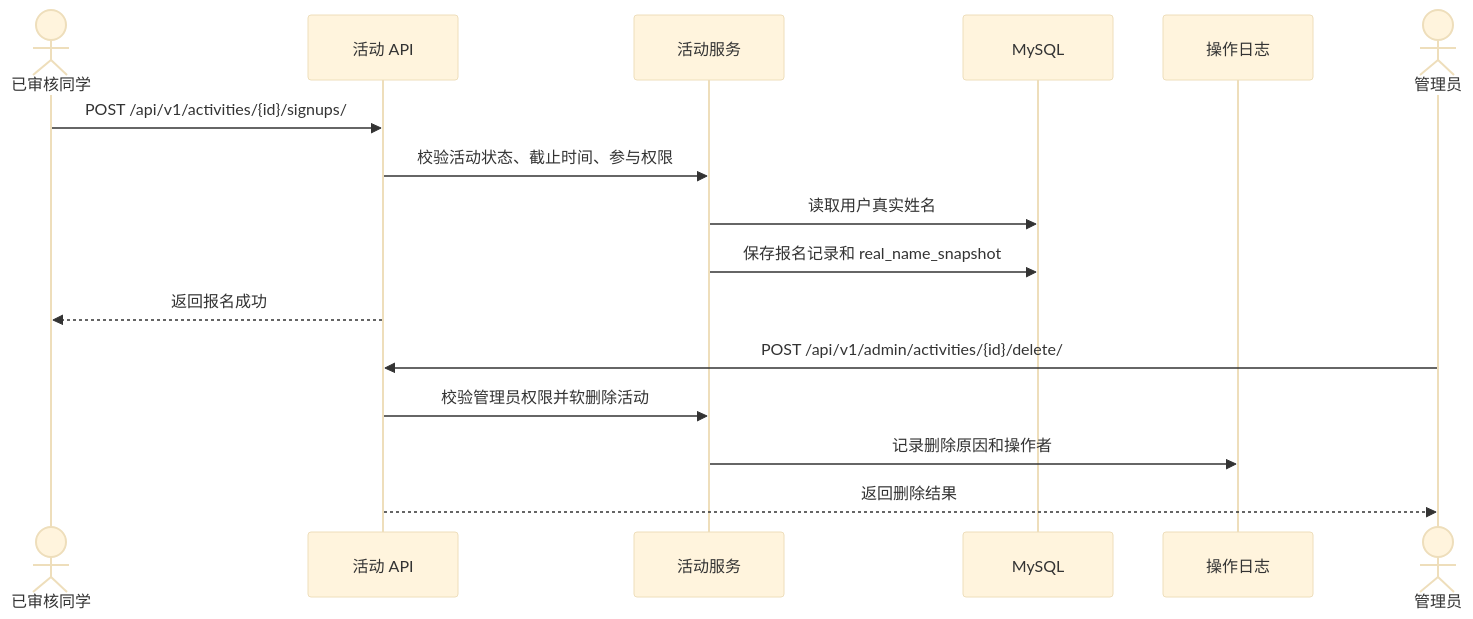
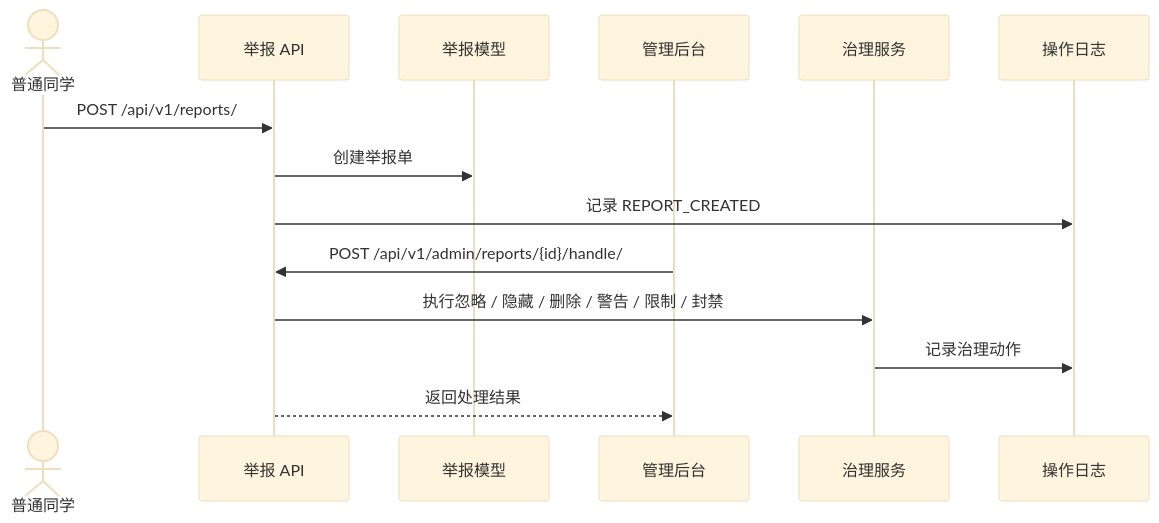
One commit to sharpcj/Tavern changed the third of 3 diagrams in docs/classmate-community-hld.md. Above: the diagram before and after it, drawn with Mermaid (base theme). The commit also changed other lines of this file and 5 other files, not shown here.

````diff
--- a/docs/classmate-community-hld.md
+++ b/docs/classmate-community-hld.md
@@ -691,20 +244,17 @@
 ```mermaid
 sequenceDiagram
-    actor User as 已审核同学
-    participant API as 活动 API
-    participant Activity as 活动服务
-    participant DB as MySQL
+    actor User as 普通同学
+    participant API as 举报 API
+    participant Report as 举报模型
+    participant Admin as 管理后台
+    participant Mod as 治理服务
     participant Audit as 操作日志
 
-    User->>API: POST /api/v1/activities/{id}/signups/
-    API->>Activity: 校验活动状态、截止时间、参与权限
-    Activity->>DB: 读取用户真实姓名
-    Activity->>DB: 保存报名记录和 real_name_snapshot
-    API-->>User: 返回报名成功
-
-    actor Admin as 管理员
-    Admin->>API: POST /api/v1/admin/activities/{id}/delete/
-    API->>Activity: 校验管理员权限并软删除活动
-    Activity->>Audit: 记录删除原因和操作者
-    API-->>Admin: 返回删除结果
+    User->>API: POST /api/v1/reports/
+    API->>Report: 创建举报单
+    API->>Audit: 记录 REPORT_CREATED
+    Admin->>API: POST /api/v1/admin/reports/{id}/handle/
+    API->>Mod: 执行忽略 / 隐藏 / 删除 / 警告 / 限制 / 封禁
+    Mod->>Audit: 记录治理动作
+    API-->>Admin: 返回处理结果
 ```
````
